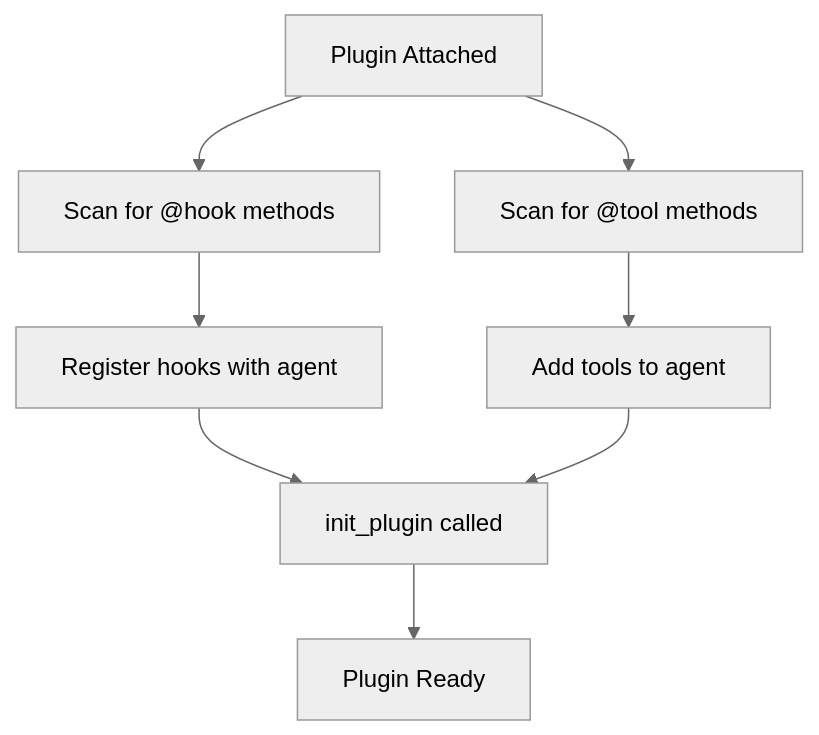
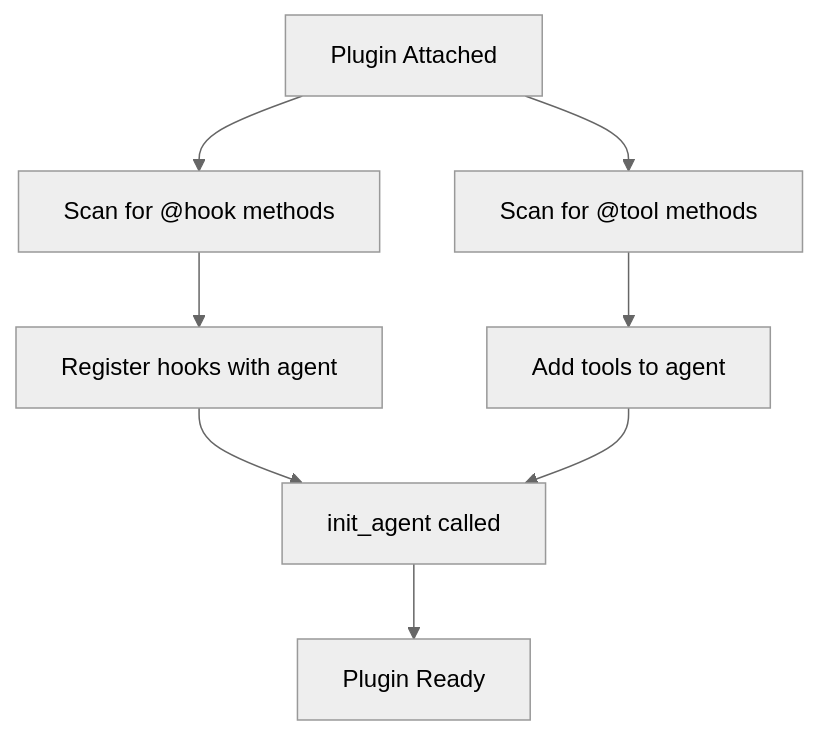
Before and after one commit to strands-agents/docs: the diagram in docs/user-guide/concepts/plugins/index.md, drawn with Mermaid (neutral theme). The commit also changed other lines of this file, not shown here.

````diff
--- a/docs/user-guide/concepts/plugins/index.md
+++ b/docs/user-guide/concepts/plugins/index.md
@@ -89,10 +89,10 @@
 ```mermaid
 flowchart TD
     A[Plugin Attached] --> B[Scan for @hook methods]
     A --> C[Scan for @tool methods]
     B --> D[Register hooks with agent]
     C --> E[Add tools to agent]
-    D --> F[init_plugin called]
+    D --> F[init_agent called]
     E --> F
     F --> G[Plugin Ready]
 ```
````
